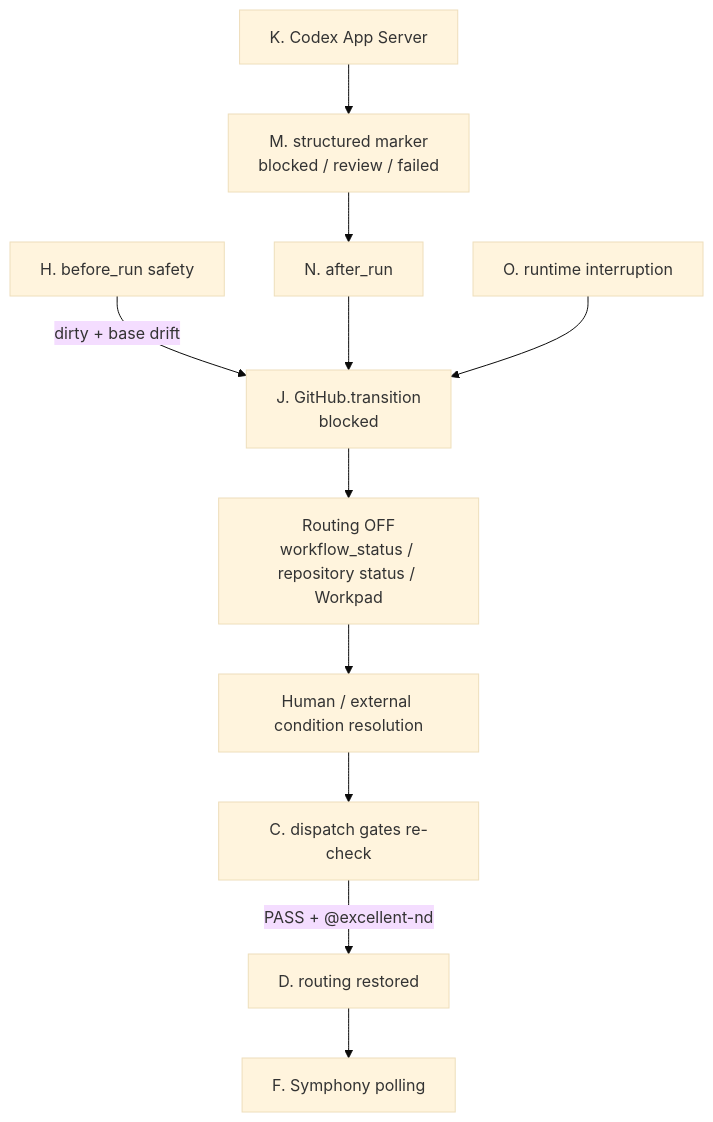
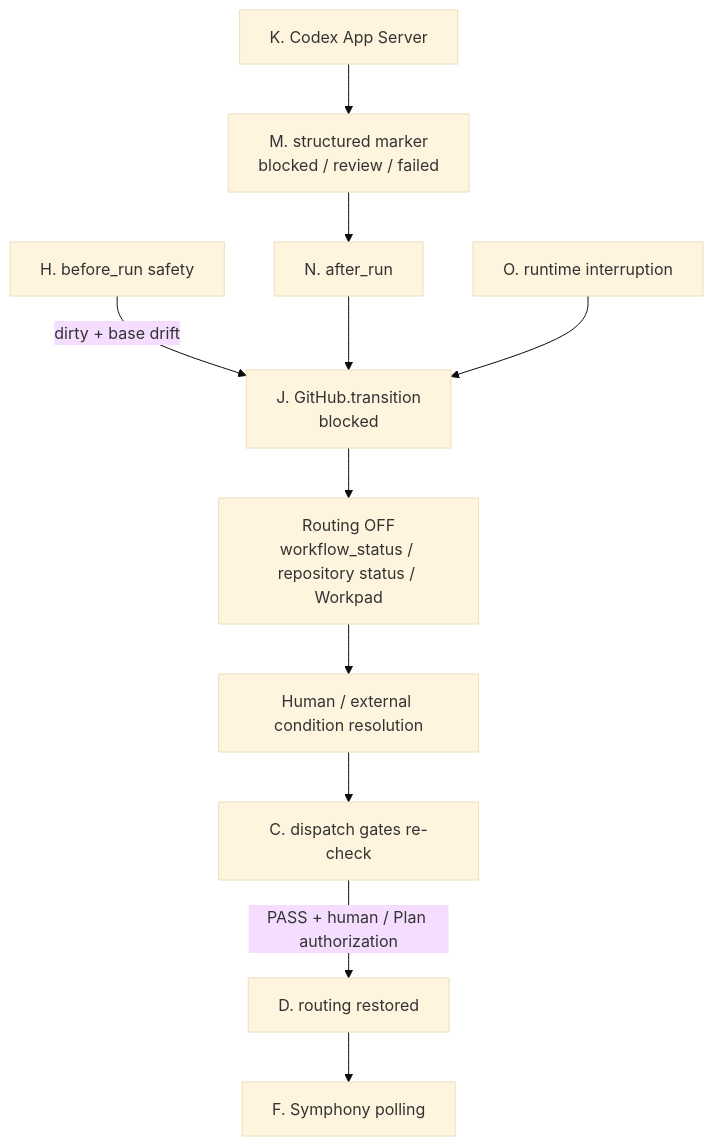
The second of 3 diagrams in docs/runtime-architecture.zh-CN.md (excellent-tech/Excellent-Nd), drawn with Mermaid (base theme) before and after one commit. The commit also changed other lines of this file, not shown here.

Commit message:
docs: sync plan continuation runtime guide in Chinese

````diff
--- a/docs/runtime-architecture.zh-CN.md
+++ b/docs/runtime-architecture.zh-CN.md
@@ -88,22 +88,22 @@
 ```mermaid
 flowchart TD
     H2["H. before_run safety"] -->|dirty + base drift| J2["J. GitHub.transition<br/>blocked"]
     K2["K. Codex App Server"] --> M2["M. structured marker<br/>blocked / review / failed"]
     M2 --> N2["N. after_run"]
     N2 --> J2
     O2["O. runtime interruption"] --> J2
     J2 --> X["Routing OFF<br/>workflow_status / repository status / Workpad"]
     X --> Y["Human / external condition resolution"]
     Y --> C2["C. dispatch gates re-check"]
-    C2 -->|PASS + @excellent-nd| D2["D. routing restored"]
+    C2 -->|PASS + human / Plan authorization| D2["D. routing restored"]
     D2 --> F2["F. Symphony polling"]
     click H2 href "https://github.com/excellent-tech/Excellent-Nd/blob/docs/beginner-runtime-guide/docs/runtime-architecture.zh-CN.md#node-h" "Node H details" _top
     click J2 href "https://github.com/excellent-tech/Excellent-Nd/blob/docs/beginner-runtime-guide/docs/runtime-architecture.zh-CN.md#node-j" "Node J details" _top
     click K2 href "https://github.com/excellent-tech/Excellent-Nd/blob/docs/beginner-runtime-guide/docs/runtime-architecture.zh-CN.md#node-k" "Node K details" _top
     click M2 href "https://github.com/excellent-tech/Excellent-Nd/blob/docs/beginner-runtime-guide/docs/runtime-architecture.zh-CN.md#node-m" "Node M details" _top
     click N2 href "https://github.com/excellent-tech/Excellent-Nd/blob/docs/beginner-runtime-guide/docs/runtime-architecture.zh-CN.md#node-n" "Node N details" _top
     click O2 href "https://github.com/excellent-tech/Excellent-Nd/blob/docs/beginner-runtime-guide/docs/runtime-architecture.zh-CN.md#node-o" "Node O details" _top
     click C2 href "https://github.com/excellent-tech/Excellent-Nd/blob/docs/beginner-runtime-guide/docs/runtime-architecture.zh-CN.md#node-c" "Node C details" _top
     click D2 href "https://github.com/excellent-tech/Excellent-Nd/blob/docs/beginner-runtime-guide/docs/runtime-architecture.zh-CN.md#node-d" "Node D details" _top
     click F2 href "https://github.com/excellent-tech/Excellent-Nd/blob/docs/beginner-runtime-guide/docs/runtime-architecture.zh-CN.md#node-f" "Node F details" _top
 ```
````
